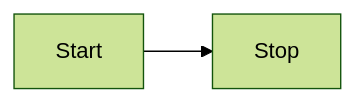
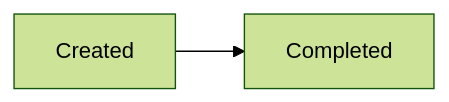
Before and after one commit to bhtz/microscope-boilerplate: the diagram in src/Docs/resources/Architecture/BoundedContexts/Aggregates/aggregate-canvas.md, drawn with Mermaid (forest theme). The commit also changed 28 other files, not shown here.

````diff
--- a/src/Docs/resources/Architecture/BoundedContexts/Aggregates/aggregate-canvas.md
+++ b/src/Docs/resources/Architecture/BoundedContexts/Aggregates/aggregate-canvas.md
@@ -13,6 +13,4 @@
 ```mermaid
-
 flowchart LR
-Start --> Stop
-
+Created --> Completed
 ```
````
